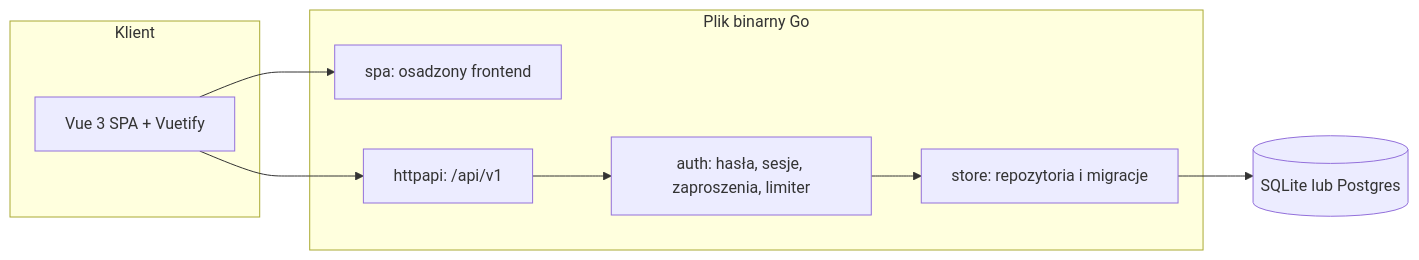
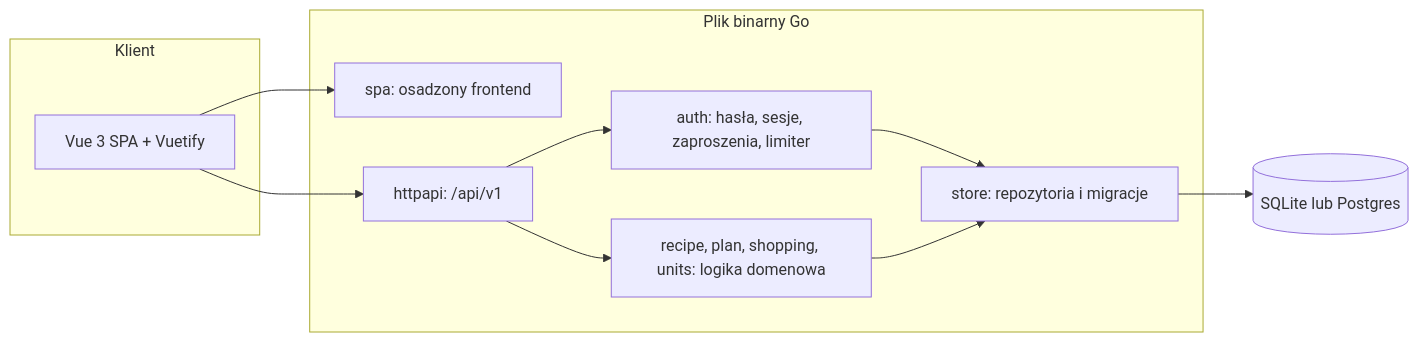
Before and after one commit to MarcinCho/mealplan: the first of 6 diagrams in docs/architecture.md, drawn with Mermaid. The commit also changed other lines of this file and 4 other files, not shown here.

Commit message:
docs: stage 2 architecture, API and changelog

````diff
--- a/docs/architecture.md
+++ b/docs/architecture.md
@@ -7,16 +7,18 @@
 ```mermaid
 flowchart LR
     subgraph Klient
         SPA[Vue 3 SPA + Vuetify]
     end
     subgraph Serwer["Plik binarny Go"]
         SPAH[spa: osadzony frontend]
         API[httpapi: /api/v1]
         AUTH[auth: hasła, sesje, zaproszenia, limiter]
+        DOM[recipe, plan, shopping, units: logika domenowa]
         STORE[store: repozytoria i migracje]
     end
     DB[(SQLite lub Postgres)]
     SPA --> SPAH
     SPA --> API
     API --> AUTH --> STORE --> DB
+    API --> DOM --> STORE
 ```
````
